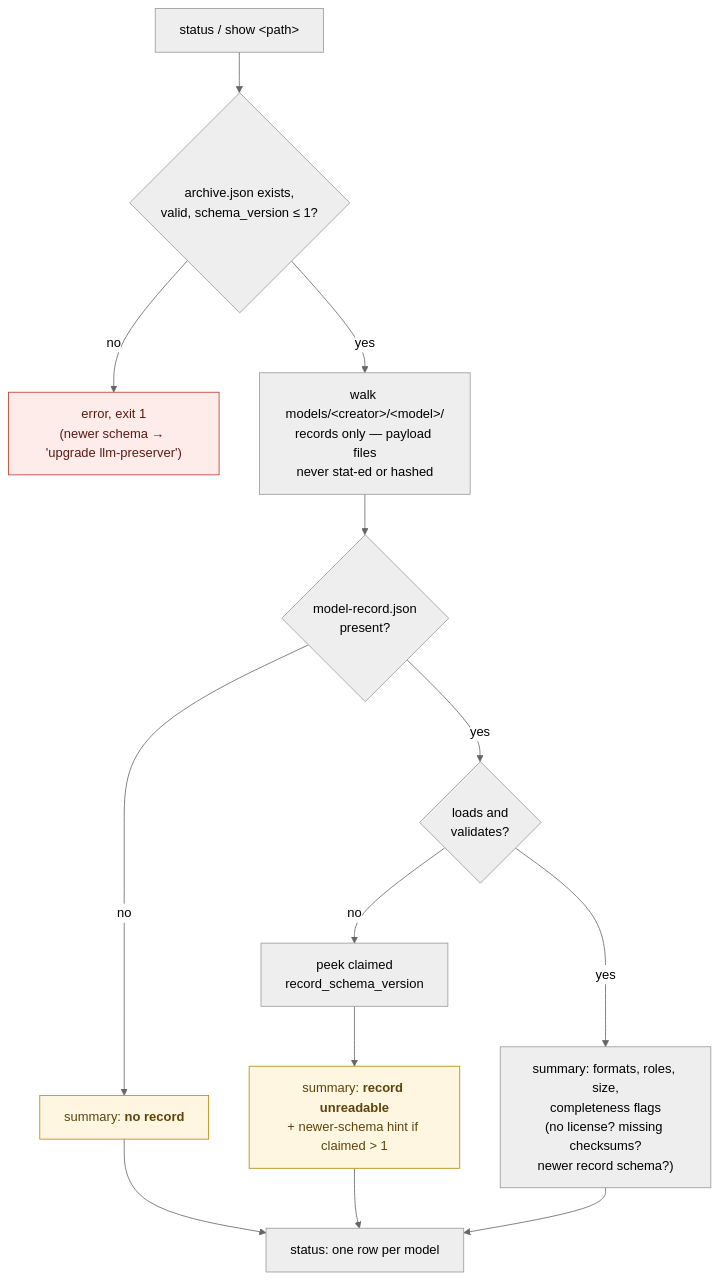
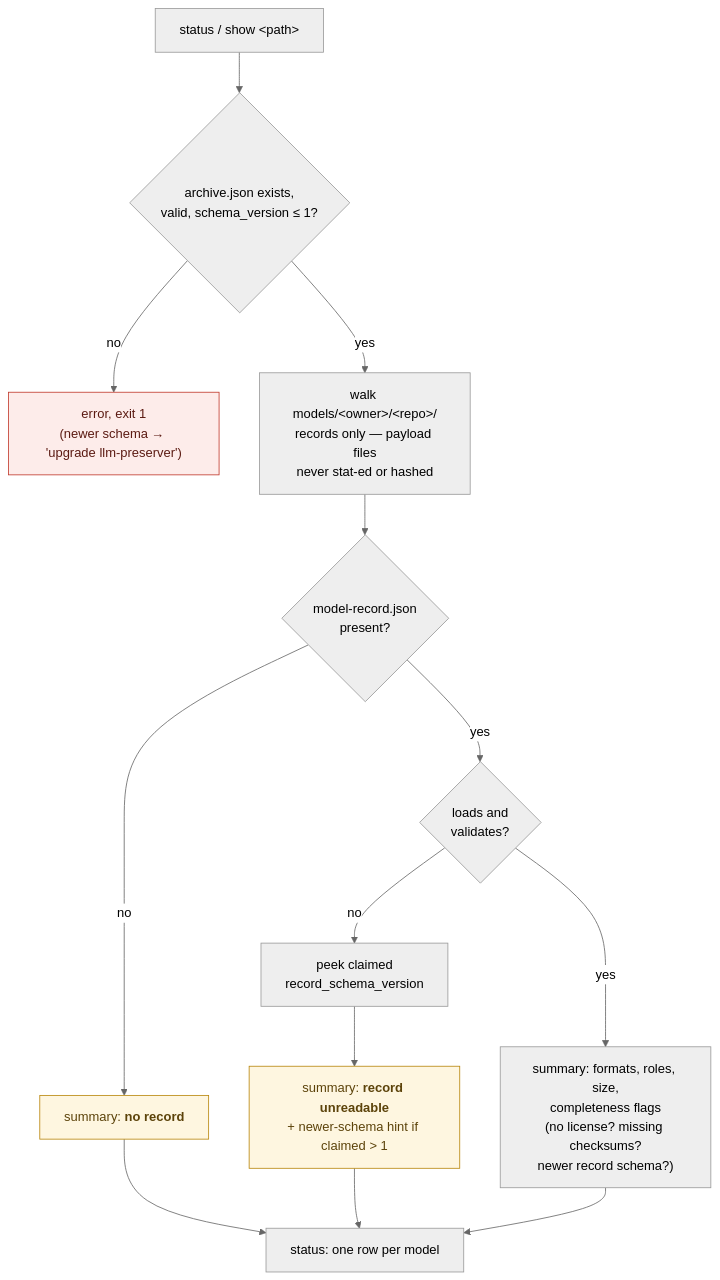
The fourth of 5 diagrams in docs/data-structures.md (bbirkinbine/llm-preserver), drawn with Mermaid (neutral theme) before and after one commit. The commit also changed other lines of this file and 121 other files, not shown here.

````diff
--- a/docs/data-structures.md
+++ b/docs/data-structures.md
@@ -292,21 +300,21 @@
 ```mermaid
 flowchart TD
     CMD["status / show &lt;path&gt;"] --> GATE{"archive.json exists,<br/>valid, schema_version ≤ 1?"}
     GATE -- no --> ERR["error, exit 1<br/>(newer schema → 'upgrade llm-preserver')"]
-    GATE -- yes --> WALK["walk models/&lt;creator&gt;/&lt;model&gt;/<br/>records only — payload files<br/>never stat-ed or hashed"]
+    GATE -- yes --> WALK["walk models/&lt;owner&gt;/&lt;repo&gt;/<br/>records only — payload files<br/>never stat-ed or hashed"]
 
     WALK --> HASREC{"model-record.json<br/>present?"}
     HASREC -- no --> S1["summary: <b>no record</b>"]
     HASREC -- yes --> VALID{"loads and<br/>validates?"}
     VALID -- no --> PEEK["peek claimed<br/>record_schema_version"]
     PEEK --> S2["summary: <b>record unreadable</b><br/>+ newer-schema hint if claimed > 1"]
     VALID -- yes --> S3["summary: formats, roles, size,<br/>completeness flags<br/>(no license? missing checksums?<br/>newer record schema?)"]
 
     S1 --> TABLE["status: one row per model"]
     S2 --> TABLE
     S3 --> TABLE
 
     style ERR fill:#fdecea,stroke:#c0392b,color:#5b1a12
     style S1 fill:#fef6e0,stroke:#b8860b,color:#5c430a
     style S2 fill:#fef6e0,stroke:#b8860b,color:#5c430a
 ```
````
